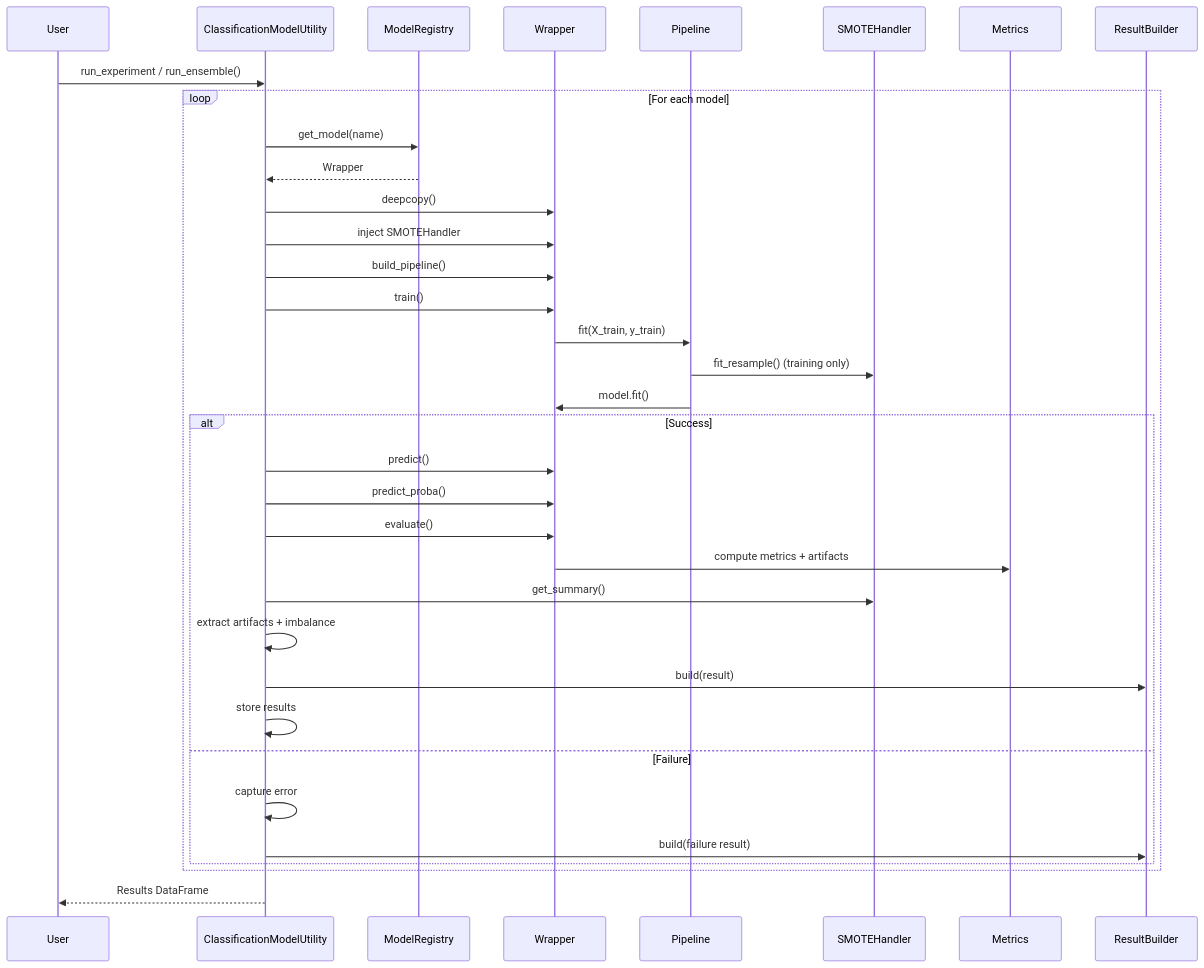
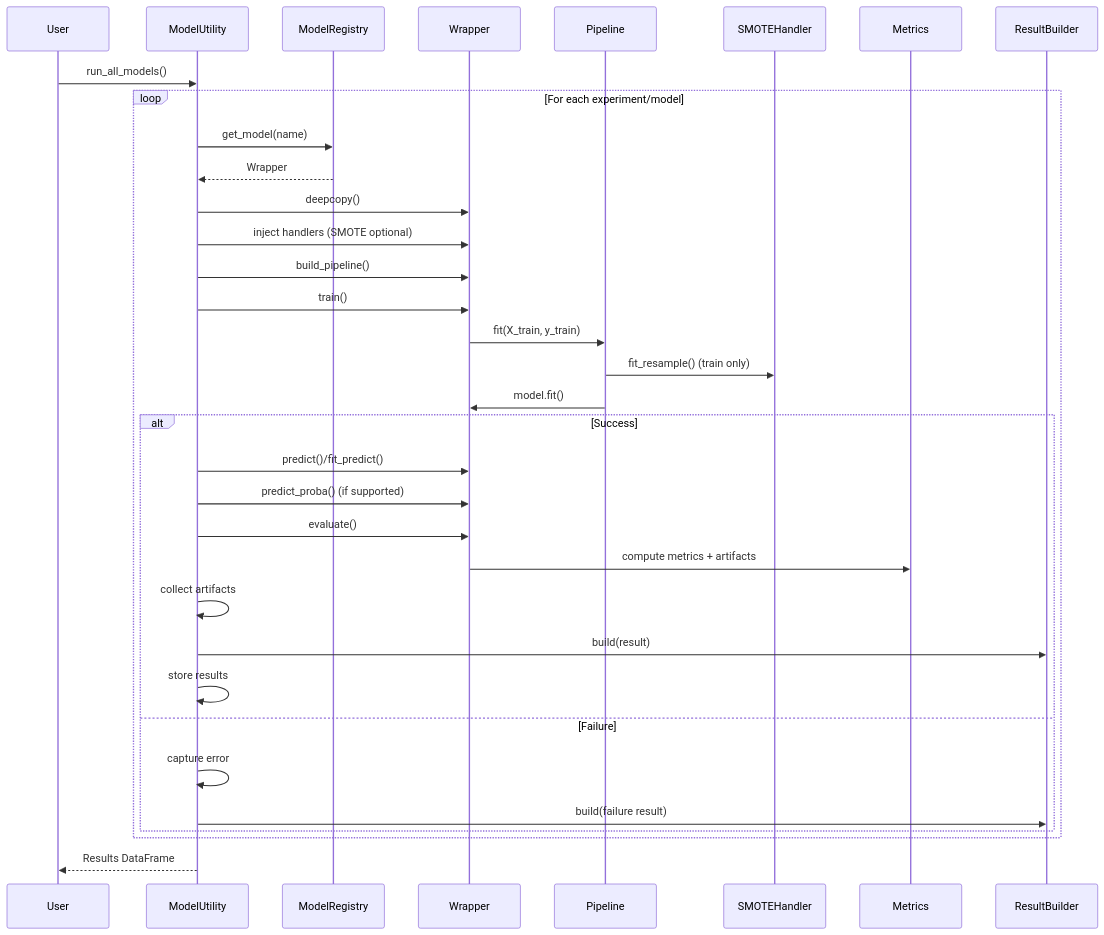
Before and after one commit to abhinavssingh/python-learnings: the third of 6 diagrams in lib/utility/machinelearning/README.md, drawn with Mermaid. The commit also changed other lines of this file and 41 other files, not shown here.

````diff
--- a/lib/utility/machinelearning/README.md
+++ b/lib/utility/machinelearning/README.md
@@ -96,48 +101,48 @@
 ```mermaid
 sequenceDiagram
     participant U as User
-    participant CMU as ClassificationModelUtility
+    participant MU as ModelUtility
     participant MR as ModelRegistry
     participant W as Wrapper
     participant P as Pipeline
     participant SM as SMOTEHandler
     participant MET as Metrics
     participant RB as ResultBuilder
 
-    U->>CMU: run_experiment / run_ensemble()
+    U->>MU: run_all_models()
 
-    loop For each model
-        CMU->>MR: get_model(name)
-        MR-->>CMU: Wrapper
+    loop For each experiment/model
+        MU->>MR: get_model(name)
+        MR-->>MU: Wrapper
 
-        CMU->>W: deepcopy()
-        CMU->>W: inject SMOTEHandler
-        CMU->>W: build_pipeline()
+        MU->>W: deepcopy()
+        MU->>W: inject handlers (SMOTE optional)
+        MU->>W: build_pipeline()
 
-        CMU->>W: train()
+        MU->>W: train()
         W->>P: fit(X_train, y_train)
 
-        P->>SM: fit_resample() (training only)
+        P->>SM: fit_resample() (train only)
+
         P->>W: model.fit()
 
         alt Success
-            CMU->>W: predict()
-            CMU->>W: predict_proba()
+            MU->>W: predict()/fit_predict()
+            MU->>W: predict_proba() (if supported)
 
-            CMU->>W: evaluate()
+            MU->>W: evaluate()
             W->>MET: compute metrics + artifacts
 
-            CMU->>SM: get_summary()
-            CMU->>CMU: extract artifacts + imbalance
+            MU->>MU: collect artifacts
 
-            CMU->>RB: build(result)
-            CMU->>CMU: store results
+            MU->>RB: build(result)
+            MU->>MU: store results
 
         else Failure
-            CMU->>CMU: capture error
-            CMU->>RB: build(failure result)
+            MU->>MU: capture error
+            MU->>RB: build(failure result)
         end
     end
 
-    CMU-->>U: Results DataFrame
+    MU-->>U: Results DataFrame
 ```
````
